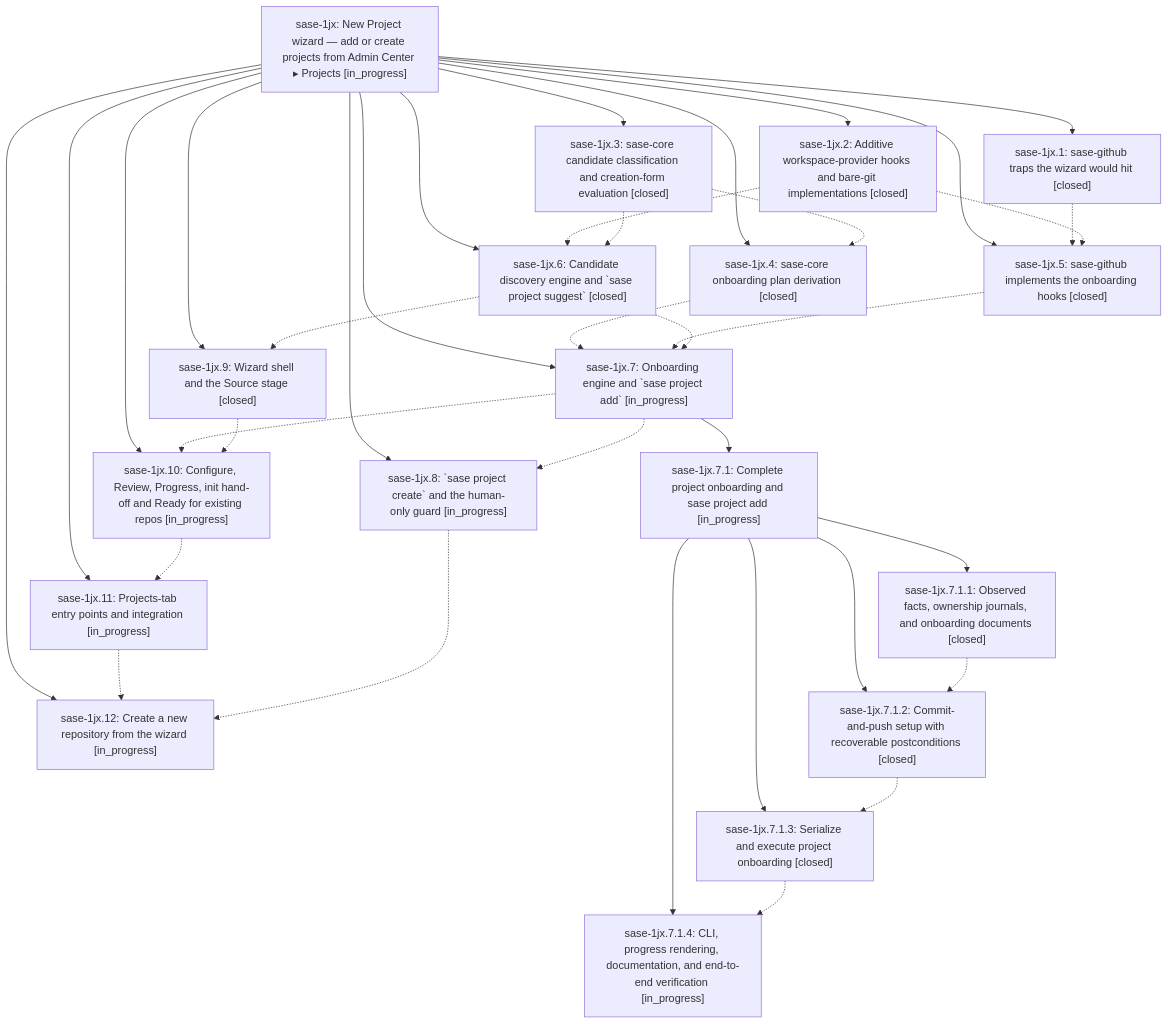
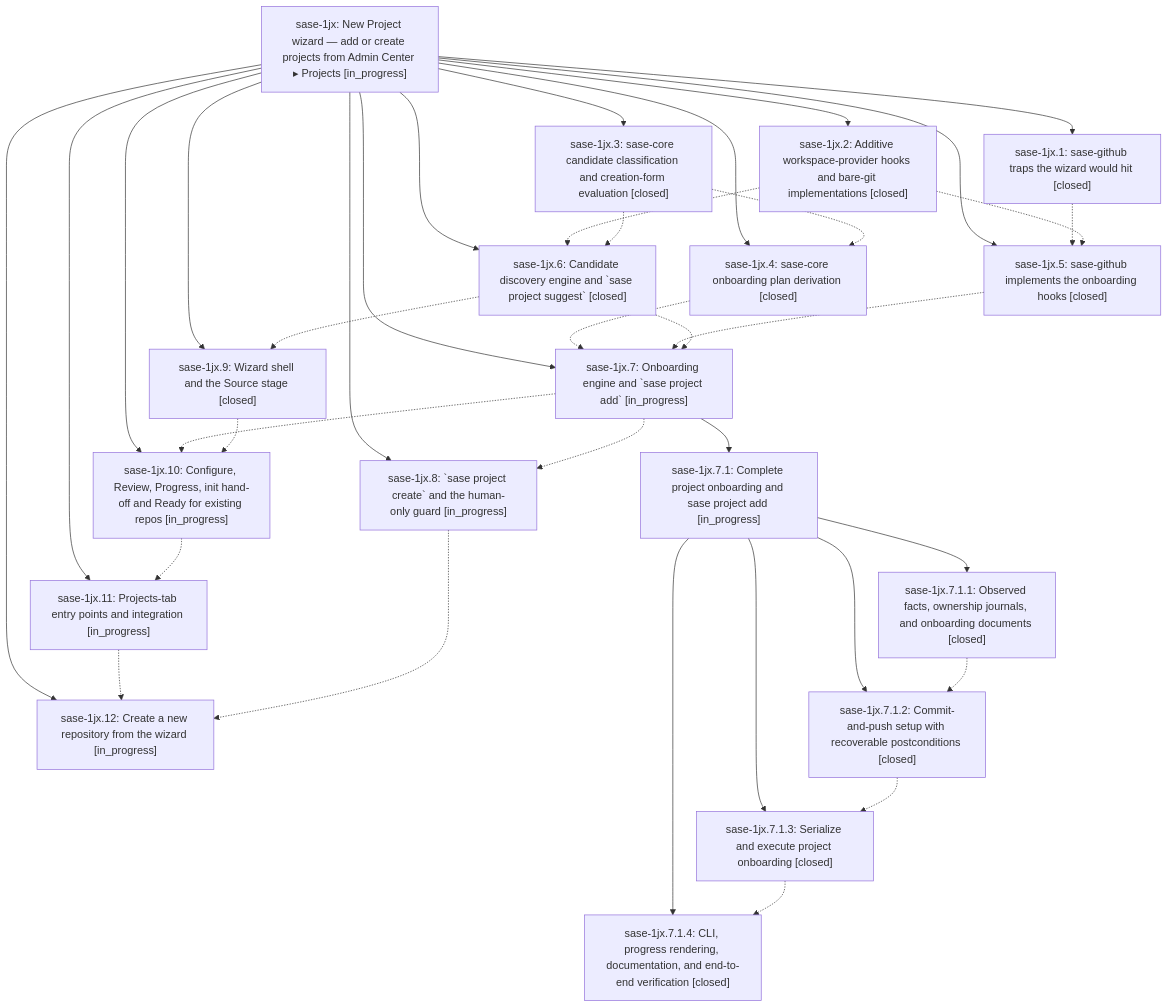
The diagram in pages/sase-1jx/README.md (sase-org/sase--beads), drawn with Mermaid before and after one commit. The commit also changed other lines of this file and 6 other files, not shown here.

````diff
--- a/pages/sase-1jx/README.md
+++ b/pages/sase-1jx/README.md
@@ -51,56 +51,56 @@
 ```mermaid
 flowchart TD
     n0["sase-1jx: New Project wizard — add or create projects from Admin Center ▸ Projects [in_progress]"]
     n1["sase-1jx.1: sase-github traps the wizard would hit [closed]"]
     n2["sase-1jx.10: Configure, Review, Progress, init hand-off and Ready for existing repos [in_progress]"]
     n3["sase-1jx.11: Projects-tab entry points and integration [in_progress]"]
     n4["sase-1jx.12: Create a new repository from the wizard [in_progress]"]
     n5["sase-1jx.2: Additive workspace-provider hooks and bare-git implementations [closed]"]
     n6["sase-1jx.3: sase-core candidate classification and creation-form evaluation [closed]"]
     n7["sase-1jx.4: sase-core onboarding plan derivation [closed]"]
     n8["sase-1jx.5: sase-github implements the onboarding hooks [closed]"]
     n9["sase-1jx.6: Candidate discovery engine and `sase project suggest` [closed]"]
     n10["sase-1jx.7: Onboarding engine and `sase project add` [in_progress]"]
     n11["sase-1jx.7.1: Complete project onboarding and sase project add [in_progress]"]
     n12["sase-1jx.7.1.1: Observed facts, ownership journals, and onboarding documents [closed]"]
     n13["sase-1jx.7.1.2: Commit-and-push setup with recoverable postconditions [closed]"]
     n14["sase-1jx.7.1.3: Serialize and execute project onboarding [closed]"]
-    n15["sase-1jx.7.1.4: CLI, progress rendering, documentation, and end-to-end verification [in_progress]"]
+    n15["sase-1jx.7.1.4: CLI, progress rendering, documentation, and end-to-end verification [closed]"]
     n16["sase-1jx.8: `sase project create` and the human-only guard [in_progress]"]
     n17["sase-1jx.9: Wizard shell and the Source stage [closed]"]
     n0 --> n1
     n0 --> n2
     n0 --> n3
     n0 --> n4
     n0 --> n5
     n0 --> n6
     n0 --> n7
     n0 --> n8
     n0 --> n9
     n0 --> n10
     n10 --> n11
     n11 --> n12
     n11 --> n13
     n11 --> n14
     n11 --> n15
     n0 --> n16
     n0 --> n17
     n1 -.-> n8
     n2 -.-> n3
     n3 -.-> n4
     n5 -.-> n8
     n5 -.-> n9
     n6 -.-> n7
     n6 -.-> n9
     n7 -.-> n10
     n8 -.-> n10
     n9 -.-> n10
     n9 -.-> n17
     n10 -.-> n2
     n10 -.-> n16
     n12 -.-> n13
     n13 -.-> n14
     n14 -.-> n15
     n16 -.-> n4
     n17 -.-> n2
 ```
````
